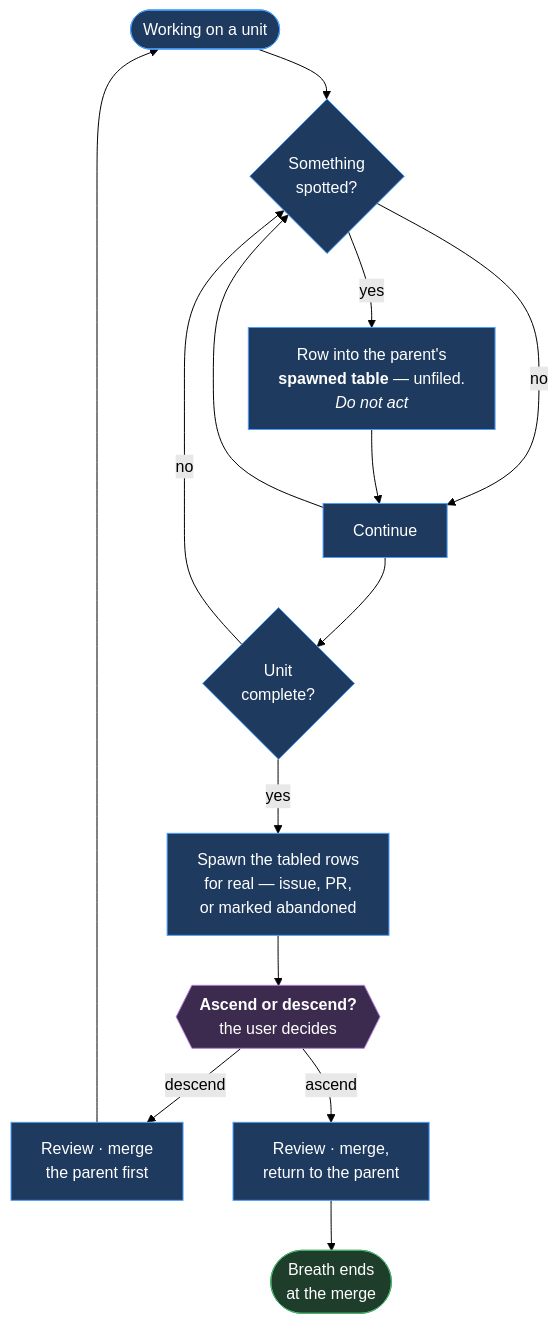
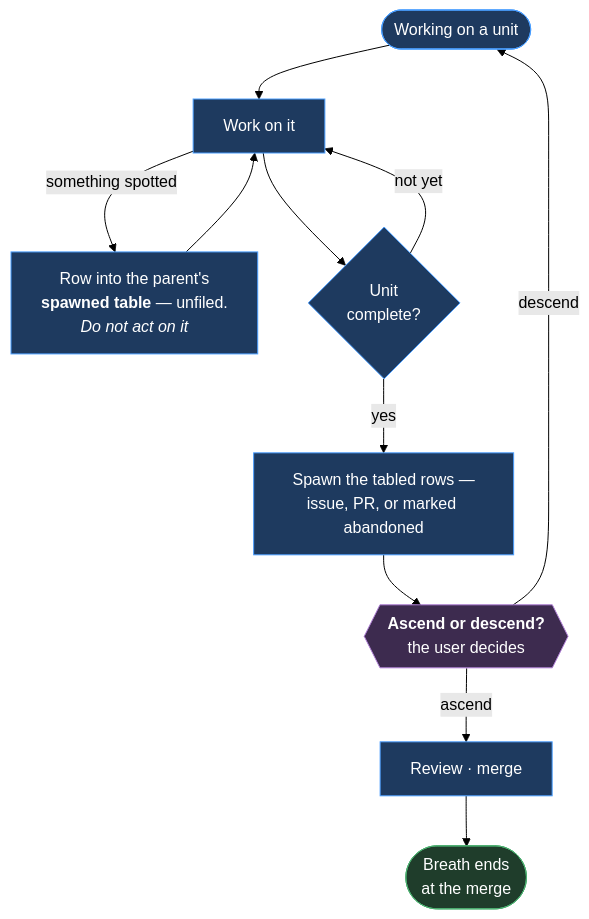
One commit to Calyx-Engineering/arc changed the second of 2 diagrams in docs/product-architecture/mechanisms/m46-work-navigation.md. Above: the diagram before and after it, drawn with Mermaid (forest theme). The commit also changed other lines of this file and 2 other files, not shown here.

````diff
--- a/docs/product-architecture/mechanisms/m46-work-navigation.md
+++ b/docs/product-architecture/mechanisms/m46-work-navigation.md
@@ -119,21 +151,19 @@
 ```mermaid
 flowchart TB
-    START(["Working on a unit"]) --> SPOT{"Something<br/>spotted?"}
-    SPOT -->|no| WORK["Continue"] --> SPOT
-    SPOT -->|yes| TABLE["Row into the parent's<br/><b>spawned table</b> — unfiled.<br/><i>Do not act</i>"]
+    START(["Working on a unit"]) --> WORK["Work on it"]
+    WORK -->|something spotted| TABLE["Row into the parent's<br/><b>spawned table</b> — unfiled.<br/><i>Do not act on it</i>"]
     TABLE --> WORK
     WORK --> DONE{"Unit<br/>complete?"}
-    DONE -->|no| SPOT
-    DONE -->|yes| SPAWN["Spawn the tabled rows<br/>for real — issue, PR,<br/>or marked abandoned"]
+    DONE -->|not yet| WORK
+    DONE -->|yes| SPAWN["Spawn the tabled rows —<br/>issue, PR, or marked abandoned"]
     SPAWN --> ASK{{"<b>Ascend or descend?</b><br/>the user decides"}}
-    ASK -->|descend| REVIEW1["Review · merge<br/>the parent first"]
-    REVIEW1 --> START
-    ASK -->|ascend| REVIEW2["Review · merge,<br/>return to the parent"]
-    REVIEW2 --> EXHALE(["Breath ends<br/>at the merge"])
+    ASK -->|descend| START
+    ASK -->|ascend| REVIEW["Review · merge"]
+    REVIEW --> EXHALE(["Breath ends<br/>at the merge"])
     classDef n fill:#1e3a5f,stroke:#4a9eff,color:#fff
     classDef u fill:#3d2b4f,stroke:#b07fd6,color:#fff
     classDef d fill:#1f3d2b,stroke:#4caf70,color:#fff
-    class SPOT,WORK,TABLE,DONE,SPAWN,REVIEW1,REVIEW2,START n
+    class WORK,TABLE,DONE,SPAWN,REVIEW,START n
     class ASK u
     class EXHALE d
 ```
````
